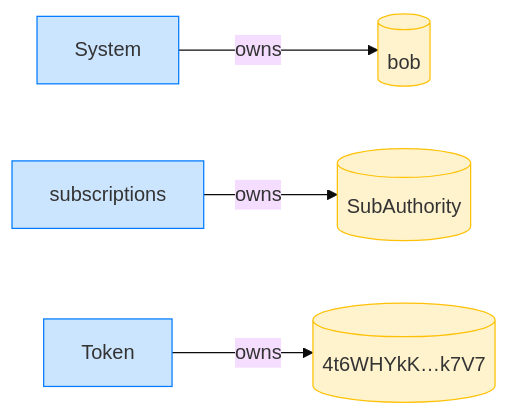
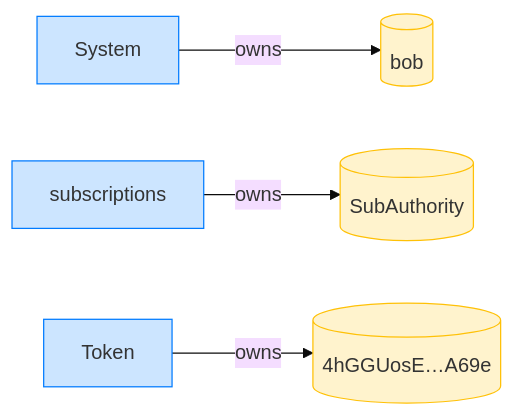
One commit to cds-rs/subscriptions changed diagram 12 of 16 in dsl_tests/subscribe-by-a-second-user.md. Above: the diagram before and after it, drawn with Mermaid (base theme). The commit also changed other lines of this file and 224 other files, not shown here.

````diff
--- a/dsl_tests/subscribe-by-a-second-user.md
+++ b/dsl_tests/subscribe-by-a-second-user.md
@@ -225,14 +238,14 @@
 ```mermaid
 flowchart LR
     classDef owner fill:#cce5ff,stroke:#007bff;
     classDef account fill:#fff3cd,stroke:#ffc107;
     System[System]:::owner
     bob[(bob)]:::account
     subscriptions[subscriptions]:::owner
     SubAuthority[(SubAuthority)]:::account
     Token[Token]:::owner
-    4t6WHYkK_k7V7[("4t6WHYkK…k7V7")]:::account
+    4hGGUosE_A69e[("4hGGUosE…A69e")]:::account
     System -->|owns| bob
     subscriptions -->|owns| SubAuthority
-    Token -->|owns| 4t6WHYkK_k7V7
+    Token -->|owns| 4hGGUosE_A69e
 ```
````
